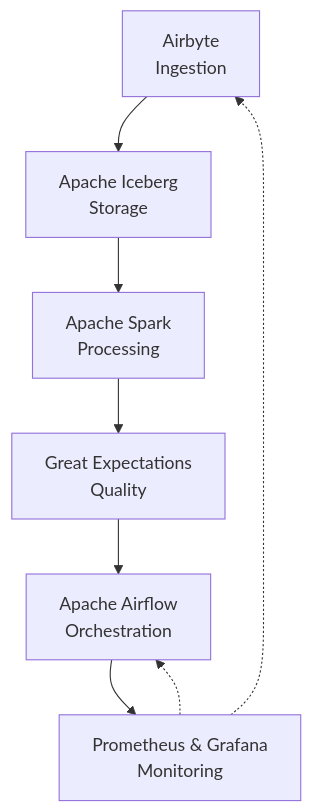
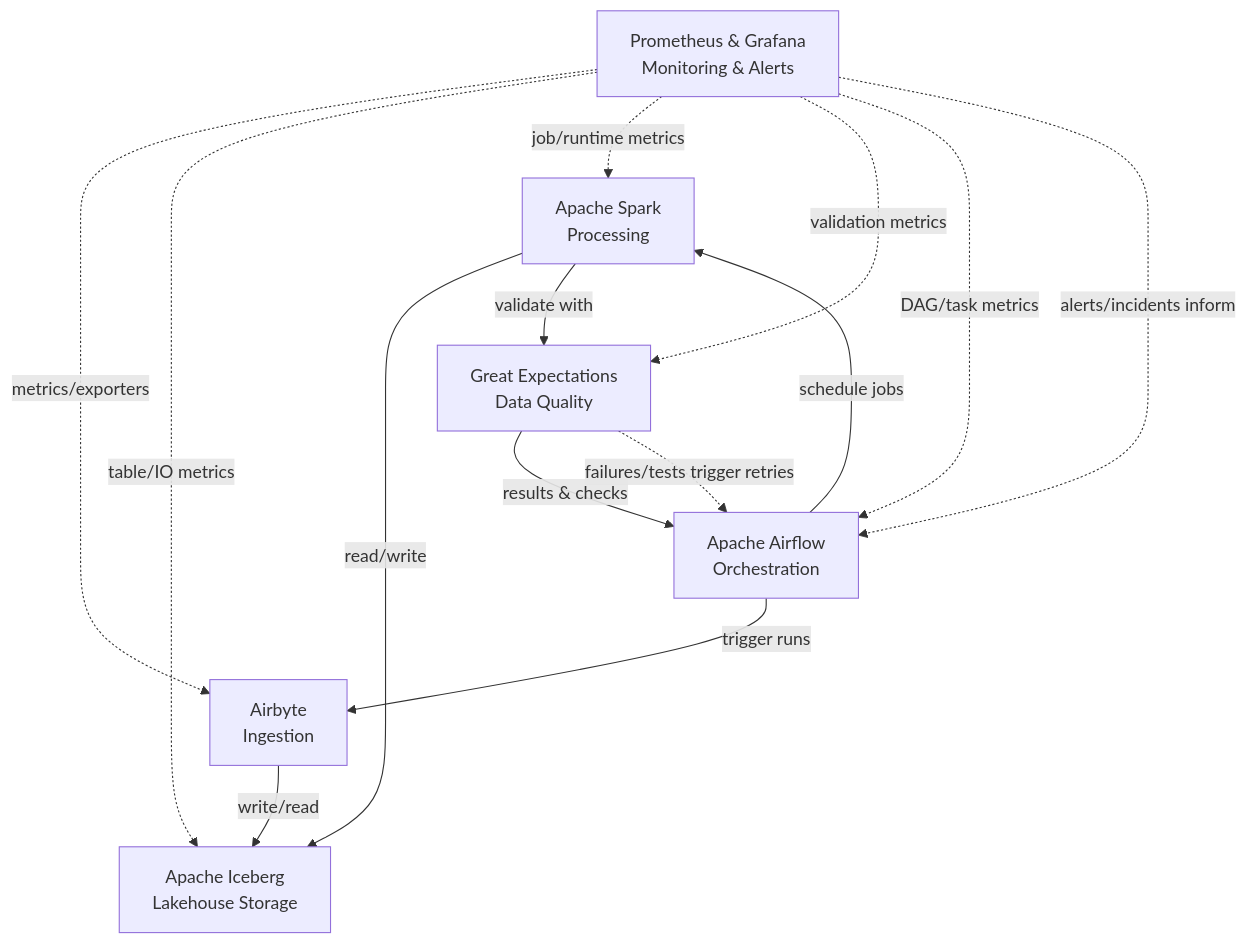
The diagram in README.md (bitterfq/data-ingestion), drawn with Mermaid before and after one commit.

Commit message:
Updated diagram to reflect that airflow and prometheus/grafana touchpoints across the entire pipeline

````diff
--- a/README.md
+++ b/README.md
@@ -14,12 +14,29 @@
 ```mermaid
 flowchart TD
-    A["Airbyte<br/>Ingestion"] --> B["Apache Iceberg<br/>Storage"]
-    B --> C["Apache Spark<br/>Processing"]
-    C --> D["Great Expectations<br/>Quality"]
-    D --> E["Apache Airflow<br/>Orchestration"]
-    E --> F["Prometheus & Grafana<br/>Monitoring"]
+    %% Core components
+    A["Airbyte<br/>Ingestion"]
+    B["Apache Iceberg<br/>Lakehouse Storage"]
+    C["Apache Spark<br/>Processing"]
+    D["Great Expectations<br/>Data Quality"]
+    E["Apache Airflow<br/>Orchestration"]
+    PG["Prometheus & Grafana<br/>Monitoring & Alerts"]
+
+    %% Orchestration-driven flow
+    E -->|trigger runs| A
+    A -->|write/read| B
+    E -->|schedule jobs| C
+    C -->|read/write| B
+    C -->|validate with| D
+    D -->|results & checks| E
+
+    %% Monitoring across the pipeline (dashed = observe/scrape)
+    PG -.->|metrics/exporters| A
+    PG -.->|table/IO metrics| B
+    PG -.->|job/runtime metrics| C
+    PG -.->|validation metrics| D
+    PG -.->|DAG/task metrics| E
 
     %% Feedback loops
-    F -.-> A
-    F -.-> E
+    D -.->|failures/tests trigger retries| E
+    PG -.->|alerts/incidents inform| E
 ```
````
